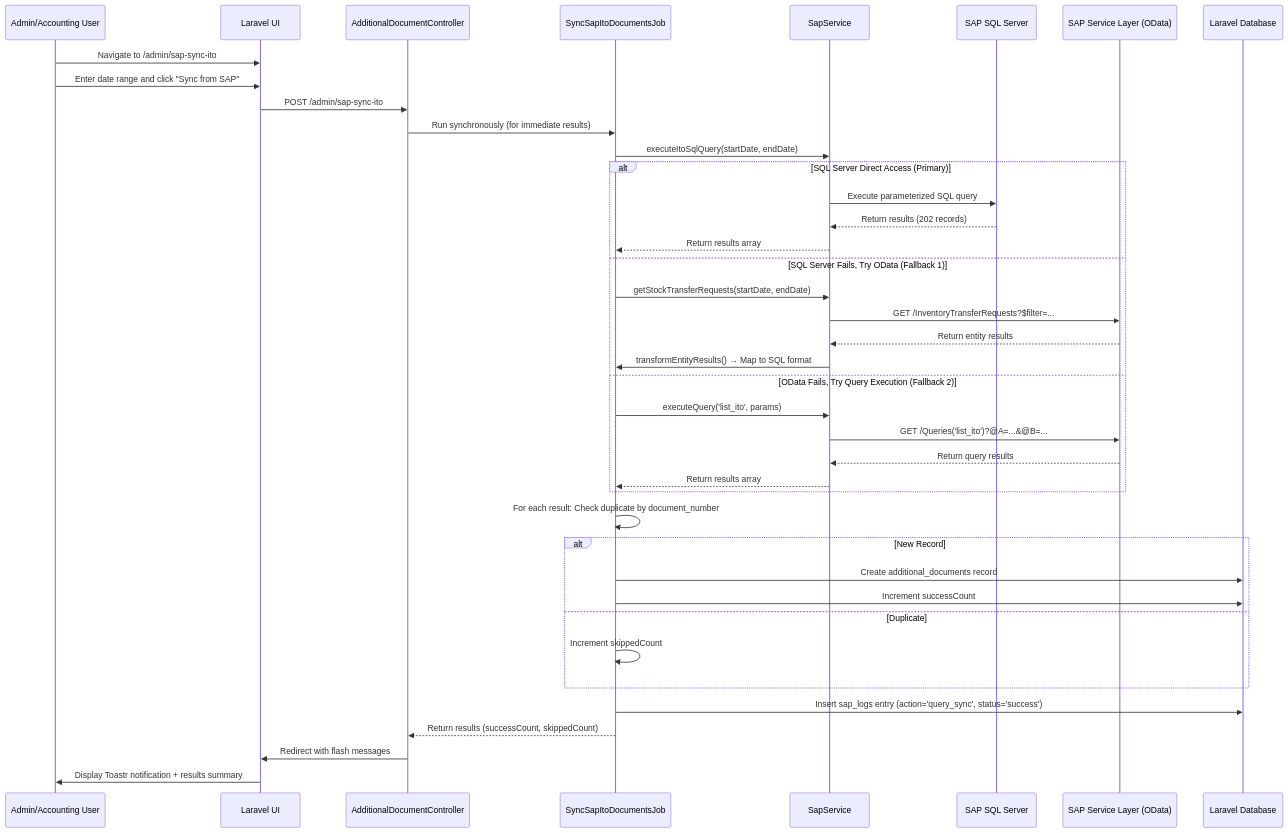
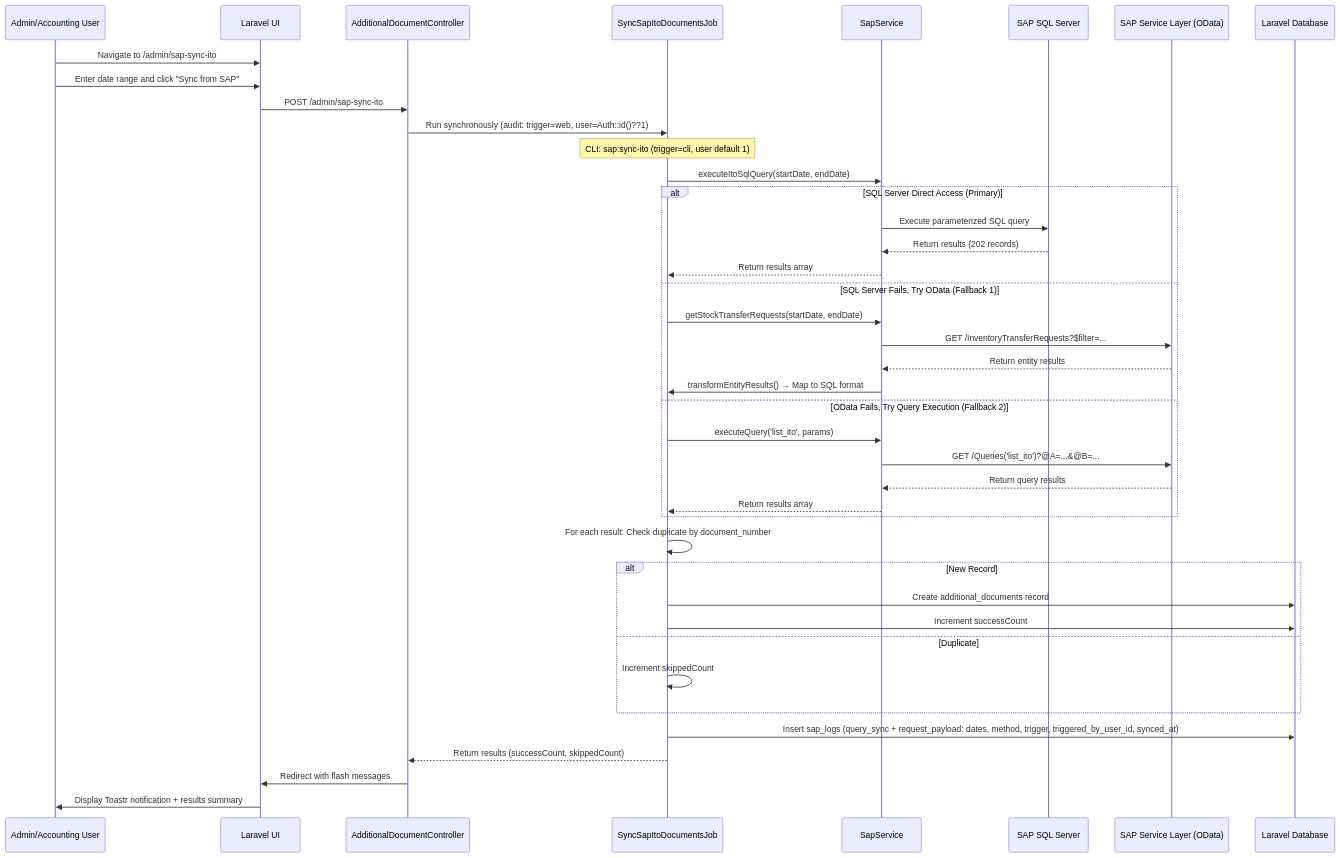
The fourth of 4 diagrams in docs/architecture.md (rachmanj/dds-laravel), drawn with Mermaid before and after one commit. The commit also changed other lines of this file and 12 other files, not shown here.

Commit message:
artisan command for SAP Sync

````diff
--- a/docs/architecture.md
+++ b/docs/architecture.md
@@ -2501,46 +2509,47 @@
 ```mermaid
 sequenceDiagram
     participant User as Admin/Accounting User
     participant UI as Laravel UI
     participant Controller as AdditionalDocumentController
     participant Job as SyncSapItoDocumentsJob
     participant SapService as SapService
     participant SQLServer as SAP SQL Server
     participant OData as SAP Service Layer (OData)
     participant DB as Laravel Database
 
     User->>UI: Navigate to /admin/sap-sync-ito
     User->>UI: Enter date range and click "Sync from SAP"
     UI->>Controller: POST /admin/sap-sync-ito
-    Controller->>Job: Run synchronously (for immediate results)
+    Controller->>Job: Run synchronously (audit: trigger=web, user=Auth::id()??1)
+    Note over Job: CLI: sap:sync-ito (trigger=cli, user default 1)
     
     Job->>SapService: executeItoSqlQuery(startDate, endDate)
     alt SQL Server Direct Access (Primary)
         SapService->>SQLServer: Execute parameterized SQL query
         SQLServer-->>SapService: Return results (202 records)
         SapService-->>Job: Return results array
     else SQL Server Fails, Try OData (Fallback 1)
         Job->>SapService: getStockTransferRequests(startDate, endDate)
         SapService->>OData: GET /InventoryTransferRequests?$filter=...
         OData-->>SapService: Return entity results
         SapService->>Job: transformEntityResults() → Map to SQL format
     else OData Fails, Try Query Execution (Fallback 2)
         Job->>SapService: executeQuery('list_ito', params)
         SapService->>OData: GET /Queries('list_ito')?@A=...&@B=...
         OData-->>SapService: Return query results
         SapService-->>Job: Return results array
     end
     
     Job->>Job: For each result: Check duplicate by document_number
     alt New Record
         Job->>DB: Create additional_documents record
         Job->>DB: Increment successCount
     else Duplicate
         Job->>Job: Increment skippedCount
     end
     
-    Job->>DB: Insert sap_logs entry (action='query_sync', status='success')
+    Job->>DB: Insert sap_logs (query_sync + request_payload: dates, method, trigger, triggered_by_user_id, synced_at)
     Job-->>Controller: Return results (successCount, skippedCount)
     Controller->>UI: Redirect with flash messages
     UI->>User: Display Toastr notification + results summary
 ```
````
